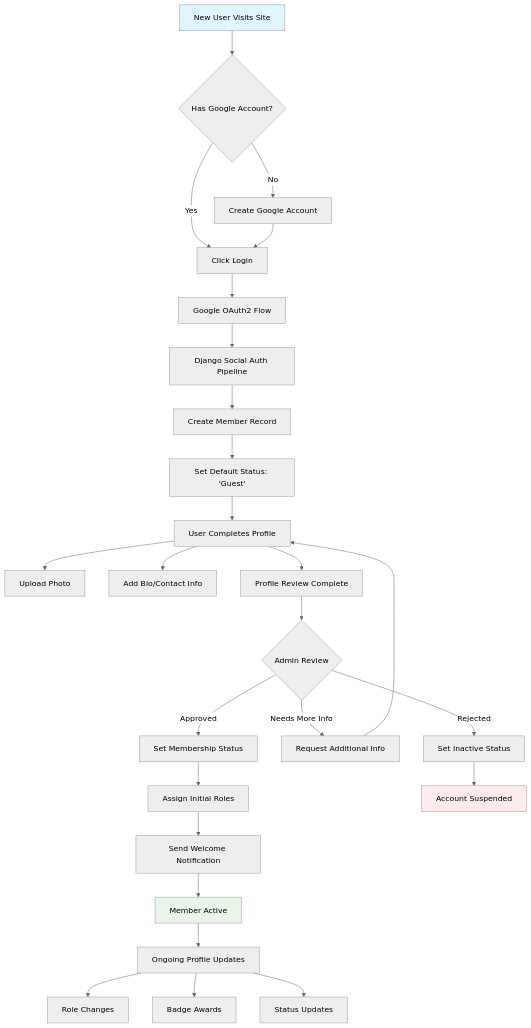
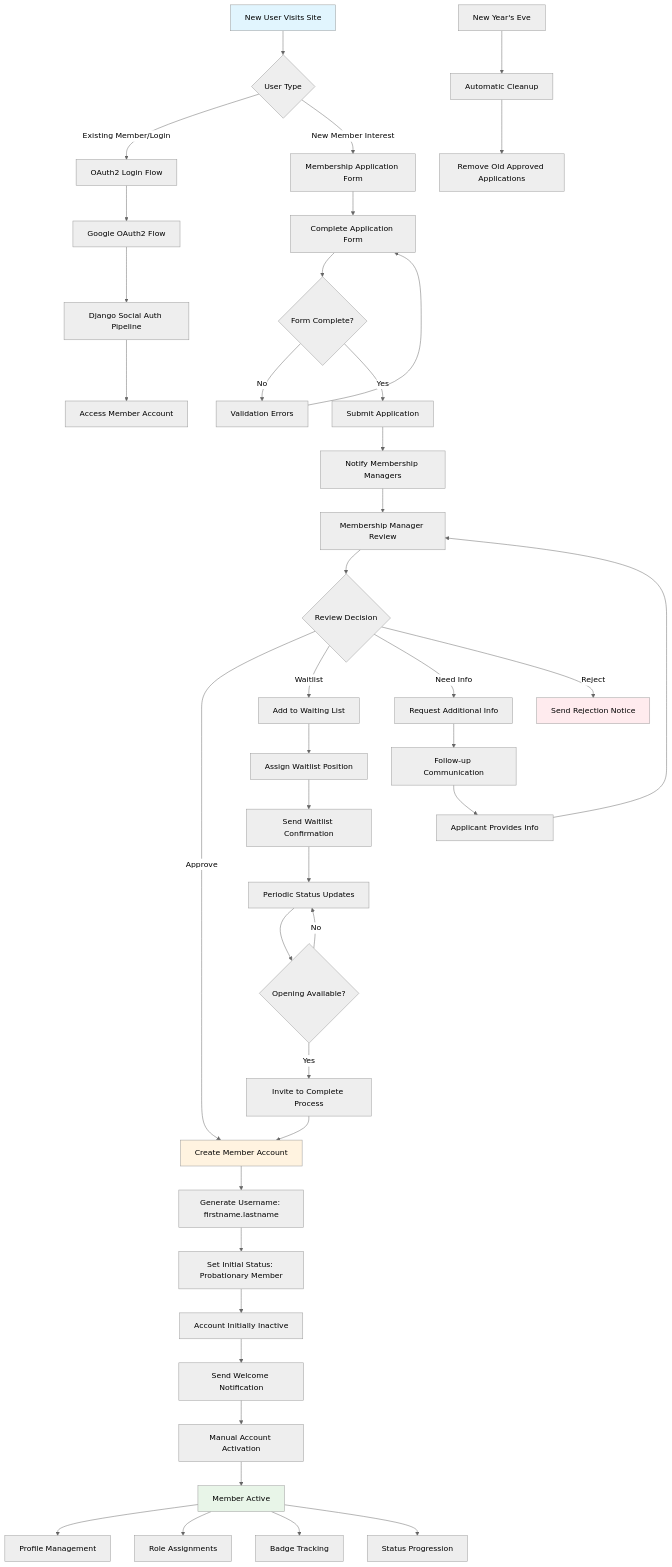
The first of 7 diagrams in docs/workflows/02-member-lifecycle.md (pietbarber/Manage2Soar), drawn with Mermaid (neutral theme) before and after one commit. The commit also changed 29 other files, not shown here.

Commit message:
New Member Application for Membership Fixes #245

````diff
--- a/docs/workflows/02-member-lifecycle.md
+++ b/docs/workflows/02-member-lifecycle.md
@@ -16,38 +16,65 @@
 ```mermaid
 flowchart TD
-    A[New User Visits Site] --> B{Has Google Account?}
-    B -->|No| C[Create Google Account]
-    B -->|Yes| D[Click Login]
-    C --> D
+    %% Entry Points
+    A1[New User Visits Site] --> B{User Type}
+    B -->|Existing Member/Login| C[OAuth2 Login Flow]
+    B -->|New Member Interest| D[Membership Application Form]
 
-    D --> E[Google OAuth2 Flow]
+    %% OAuth2 Path (Existing Members)
+    C --> E[Google OAuth2 Flow]
     E --> F[Django Social Auth Pipeline]
-    F --> G[Create Member Record]
-    G --> H[Set Default Status: 'Guest']
+    F --> G[Access Member Account]
 
-    H --> I[User Completes Profile]
-    I --> J[Upload Photo]
-    I --> K[Add Bio/Contact Info]
-    I --> L[Profile Review Complete]
+    %% New Application Path (Issue #245)
+    D --> H[Complete Application Form]
+    H --> I{Form Complete?}
+    I -->|No| J[Validation Errors]
+    I -->|Yes| K[Submit Application]
+    J --> H
+    K --> L[Notify Membership Managers]
 
-    L --> M{Admin Review}
-    M -->|Approved| N[Set Membership Status]
-    M -->|Needs More Info| O[Request Additional Info]
-    M -->|Rejected| P[Set Inactive Status]
+    %% Application Review Process
+    L --> M[Membership Manager Review]
+    M --> N{Review Decision}
+    N -->|Approve| O[Create Member Account]
+    N -->|Waitlist| P[Add to Waiting List]
+    N -->|Need Info| Q[Request Additional Info]
+    N -->|Reject| R[Send Rejection Notice]
 
-    N --> Q[Assign Initial Roles]
-    Q --> R[Send Welcome Notification]
-    R --> S[Member Active]
+    %% Approved Path
+    O --> S[Generate Username: firstname.lastname]
+    S --> T[Set Initial Status: Probationary Member]
+    T --> U[Account Initially Inactive]
+    U --> V[Send Welcome Notification]
+    V --> W[Manual Account Activation]
+    W --> X[Member Active]
 
-    O --> I
-    P --> T[Account Suspended]
+    %% Waitlist Path
+    P --> Y[Assign Waitlist Position]
+    Y --> Z[Send Waitlist Confirmation]
+    Z --> AA[Periodic Status Updates]
+    AA --> BB{Opening Available?}
+    BB -->|Yes| CC[Invite to Complete Process]
+    BB -->|No| AA
+    CC --> O
 
-    S --> U[Ongoing Profile Updates]
-    U --> V[Role Changes]
-    U --> W[Badge Awards]
-    U --> X[Status Updates]
+    %% Additional Info Path
+    Q --> DD[Follow-up Communication]
+    DD --> EE[Applicant Provides Info]
+    EE --> M
 
-    style A fill:#e1f5fe
-    style S fill:#e8f5e8
-    style T fill:#ffebee
+    %% Active Member Activities
+    X --> FF[Profile Management]
+    X --> GG[Role Assignments]
+    X --> HH[Badge Tracking]
+    X --> II[Status Progression]
+
+    %% Annual Cleanup
+    JJ[New Year's Eve] --> KK[Automatic Cleanup]
+    KK --> LL[Remove Old Approved Applications]
+
+    style A1 fill:#e1f5fe
+    style X fill:#e8f5e8
+    style R fill:#ffebee
+    style O fill:#fff3e0
 ```
````
